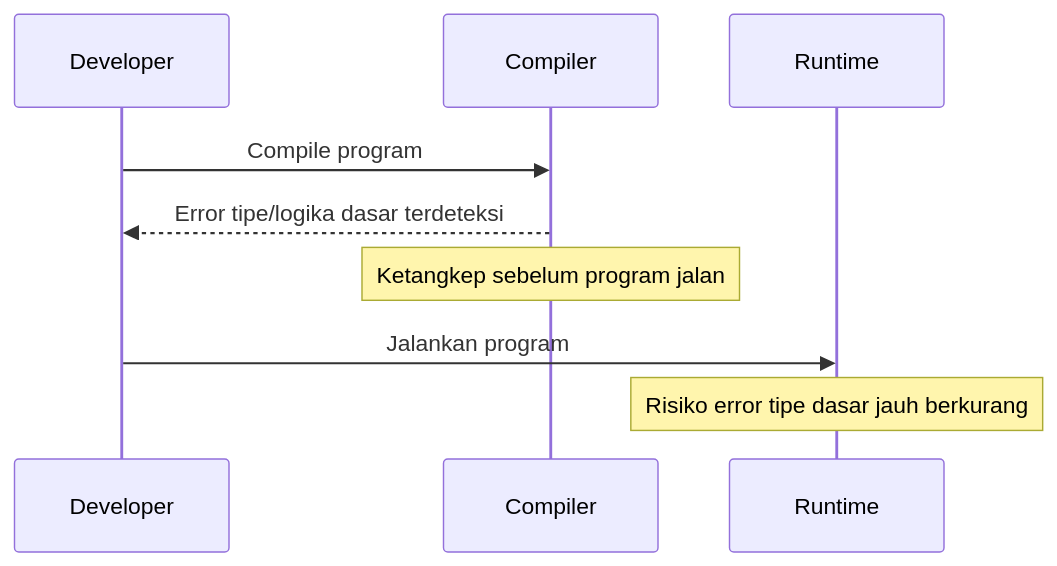
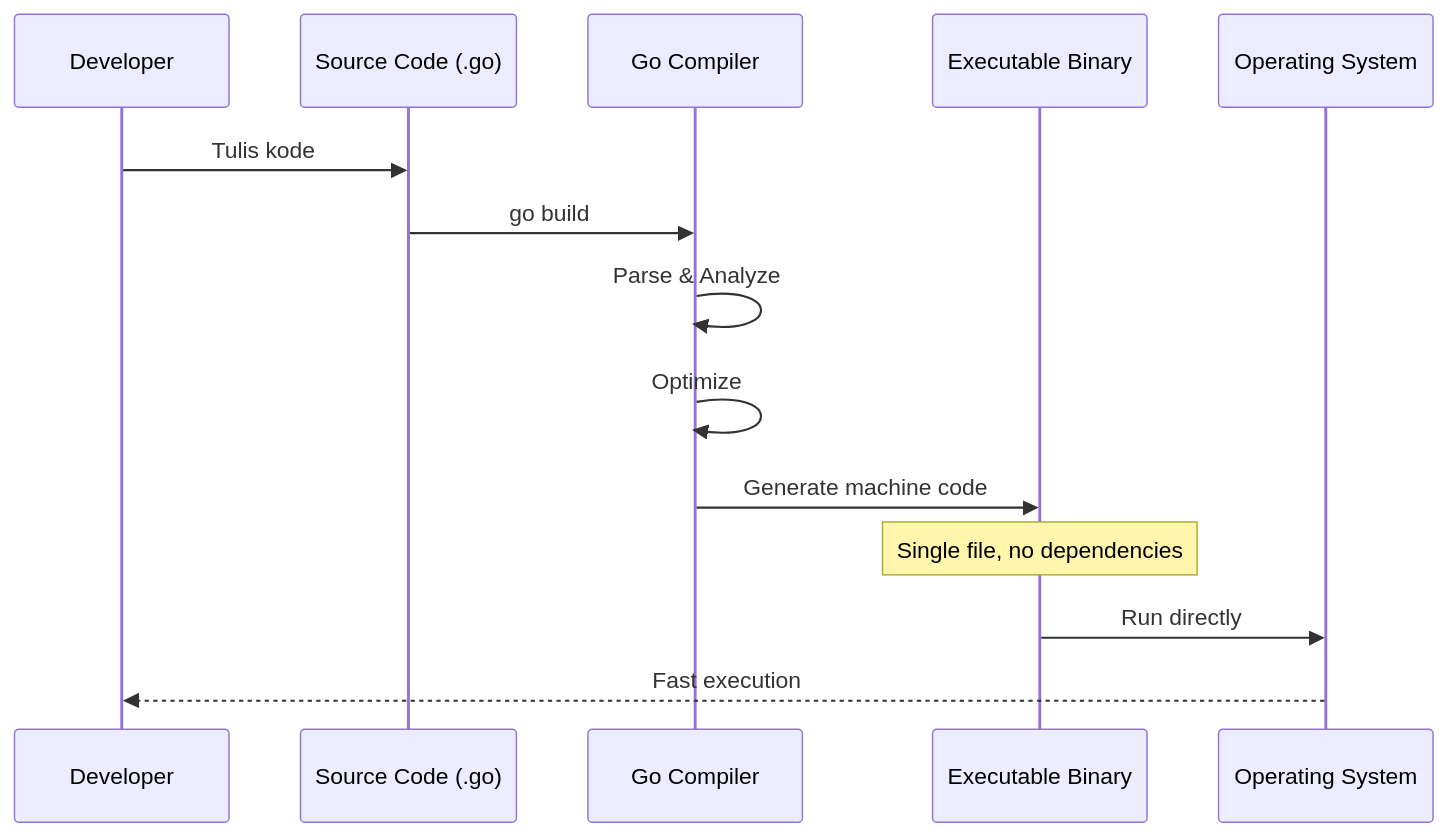
Before and after one commit to daisyorscry/itts: the first of 9 diagrams in docs/golang-fundamental/dasar-golang.mdx, drawn with Mermaid. The commit also changed other lines of this file, not shown here.

````diff
--- a/docs/golang-fundamental/dasar-golang.mdx
+++ b/docs/golang-fundamental/dasar-golang.mdx
@@ -39,13 +39,17 @@
 ```mermaid
 sequenceDiagram
-  participant Dev as Developer
-  participant Compiler
-  participant Runtime
+    participant Dev as Developer
+    participant Src as Source Code (.go)
+    participant Compiler as Go Compiler
+    participant Binary as Executable Binary
+    participant OS as Operating System
 
-  Dev->>Compiler: Compile program
-  Compiler-->>Dev: Error tipe/logika dasar terdeteksi
-  Note over Compiler: Ketangkep sebelum program jalan
-
-  Dev->>Runtime: Jalankan program
-  Note over Runtime: Risiko error tipe dasar jauh berkurang
+    Dev->>Src: Tulis kode
+    Src->>Compiler: go build
+    Compiler->>Compiler: Parse & Analyze
+    Compiler->>Compiler: Optimize
+    Compiler->>Binary: Generate machine code
+    Note over Binary: Single file, no dependencies
+    Binary->>OS: Run directly
+    OS-->>Dev: Fast execution
 ```
````
